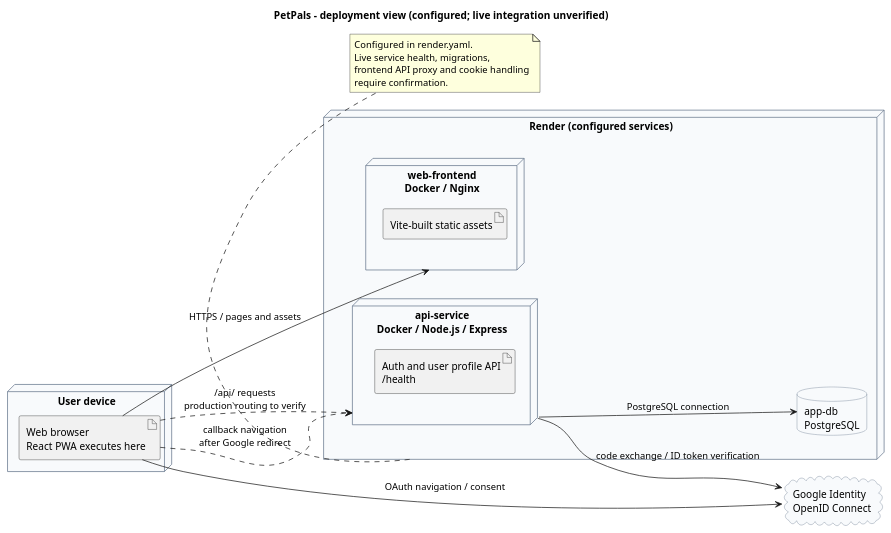
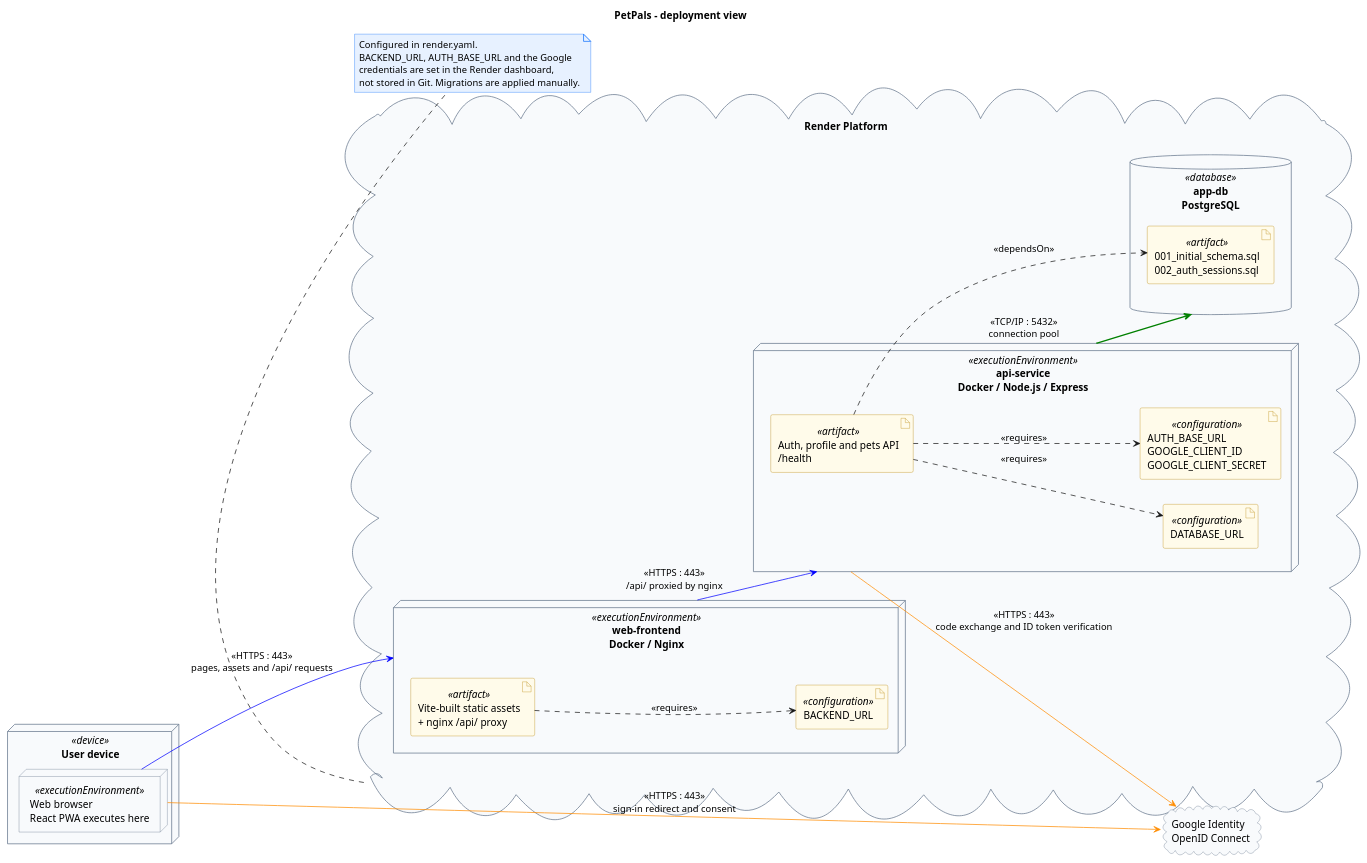
The diagram in docs/puml/6-1-deployment.puml (xikodev/PetPals), drawn with PlantUML before and after one commit. The commit also changed other lines of this file and 2 other files, not shown here.

```diff
--- a/docs/puml/6-1-deployment.puml
+++ b/docs/puml/6-1-deployment.puml
@@ -1,50 +31,85 @@
 @startuml
-' PetPals - deployment topology declared in render.yaml (reviewed 2026-11-15).
-' This is a configuration view, not proof that production services are healthy.
-title PetPals - deployment view (configured; live integration unverified)
+
+title PetPals - deployment view
+
 left to right direction
+
 skinparam shadowing false
 skinparam defaultFontName Arial
 skinparam node {
   BackgroundColor #F8FAFC
   BorderColor #64748B
 }
 skinparam database {
   BackgroundColor #F8FAFC
   BorderColor #64748B
 }
 skinparam cloud {
   BackgroundColor #F8FAFC
   BorderColor #64748B
 }
-
-node "User device" as Device {
-  artifact "Web browser\nReact PWA executes here" as Browser
+skinparam artifact {
+  BackgroundColor #FFFBEA
+  BorderColor #B8860B
+}
+skinparam note {
+  BackgroundColor #E7F1FF
+  BorderColor #0D6EFD
 }
 
-node "Render (configured services)" as Render {
-  node "web-frontend\nDocker / Nginx" as Frontend {
-    artifact "Vite-built static assets" as Static
+' ==============================================================================
+' Nodes, environments and configuration artifacts
+' ==============================================================================
+
+node "User device" as Device <<device>> {
+  node "Web browser\nReact PWA executes here" as Browser <<executionEnvironment>>
+}
+
+cloud "Render Platform" as Render {
+
+  node "web-frontend\nDocker / Nginx" as Frontend <<executionEnvironment>> {
+    artifact "Vite-built static assets\n+ nginx /api/ proxy" as Static <<artifact>>
+    artifact "BACKEND_URL" as FrontendEnv <<configuration>>
+    Static ..> FrontendEnv : <<requires>>
   }
-  node "api-service\nDocker / Node.js / Express" as Backend {
-    artifact "Auth and user profile API\n/health" as API
+
+  node "api-service\nDocker / Node.js / Express" as Backend <<executionEnvironment>> {
+    artifact "Auth, profile and pets API\n/health" as API <<artifact>>
+    artifact "DATABASE_URL" as BackendEnv <<configuration>>
+    artifact "AUTH_BASE_URL\nGOOGLE_CLIENT_ID\nGOOGLE_CLIENT_SECRET" as AuthEnv <<configuration>>
+    API ..> BackendEnv : <<requires>>
+    API ..> AuthEnv : <<requires>>
   }
-  database "app-db\nPostgreSQL" as Database
+
+  database "app-db\nPostgreSQL" as Database <<database>> {
+    artifact "001_initial_schema.sql\n002_auth_sessions.sql" as Schema <<artifact>>
+  }
 }
 
 cloud "Google Identity\nOpenID Connect" as Google
 
-Browser --> Frontend : HTTPS / pages and assets
-Browser ..> Backend : /api/ requests\nproduction routing to verify
-Backend --> Database : PostgreSQL connection
-Browser --> Google : OAuth navigation / consent
-Browser ..> Backend : callback navigation\nafter Google redirect
-Backend --> Google : code exchange / ID token verification
+' ==============================================================================
+' Operational dependencies
+' ==============================================================================
+
+' The backend cannot work until the migrations have been applied (manually).
+API ..> Schema : <<dependsOn>>
+
+' ==============================================================================
+' Communication paths
+' ==============================================================================
+
+Browser -[#blue]-> Frontend : <<HTTPS : 443>>\npages, assets and /api/ requests
+Frontend -[#blue]-> Backend : <<HTTPS : 443>>\n/api/ proxied by nginx
+Backend -[#green,bold]-> Database : <<TCP/IP : 5432>>\nconnection pool
+Browser -[#darkorange]-> Google : <<HTTPS : 443>>\nsign-in redirect and consent
+Backend -[#darkorange]-> Google : <<HTTPS : 443>>\ncode exchange and ID token verification
 
 note bottom of Render
 Configured in render.yaml.
-Live service health, migrations,
-frontend API proxy and cookie handling
-require confirmation.
+BACKEND_URL, AUTH_BASE_URL and the Google
+credentials are set in the Render dashboard,
+not stored in Git. Migrations are applied manually.
 end note
+
 @enduml
```
